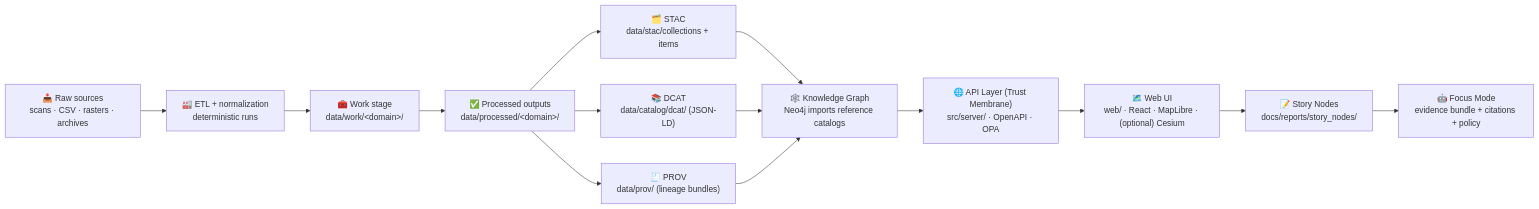
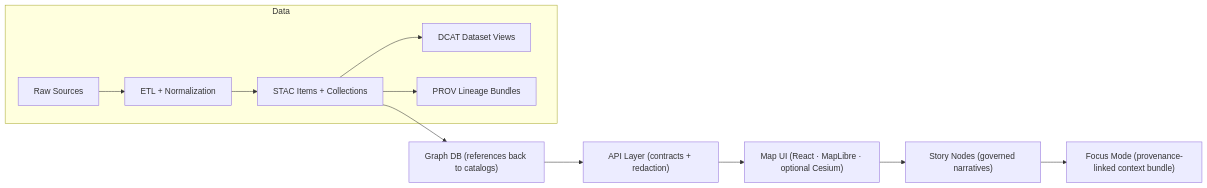
One commit to bartytime4life/Kansas-Frontier-Matrix changed the diagram in README.md. Above: the diagram before and after it, drawn with Mermaid. The commit also changed other lines of this file, not shown here.

````diff
--- a/README.md
+++ b/README.md
@@ -118,19 +57,15 @@
 ```mermaid
 flowchart LR
-  A["📥 Raw sources<br/>scans · CSV · rasters · archives"] --> B["🏭 ETL + normalization<br/>deterministic runs"]
-  B --> W["🧰 Work stage<br/>data/work/&lt;domain&gt;/"]
-  W --> P["✅ Processed outputs<br/>data/processed/&lt;domain&gt;/"]
+  subgraph Data
+    A["Raw Sources"] --> B["ETL + Normalization"]
+    B --> C["STAC Items + Collections"]
+    C --> D["DCAT Dataset Views"]
+    C --> E["PROV Lineage Bundles"]
+  end
 
-  P --> S["🗂️ STAC<br/>data/stac/collections + items"]
-  P --> D["📚 DCAT<br/>data/catalog/dcat/ (JSON-LD)"]
-  P --> V["🧾 PROV<br/>data/prov/ (lineage bundles)"]
-
-  S --> G["🕸️ Knowledge Graph<br/>Neo4j imports reference catalogs"]
-  D --> G
-  V --> G
-
-  G --> API["🌐 API Layer (Trust Membrane)<br/>src/server/ · OpenAPI · OPA"]
-  API --> UI["🗺️ Web UI<br/>web/ · React · MapLibre · (optional) Cesium"]
-  UI --> SN["📝 Story Nodes<br/>docs/reports/story_nodes/"]
-  SN --> FM["🤖 Focus Mode<br/>evidence bundle + citations + policy"]
+  C --> G["Graph DB (references back to catalogs)"]
+  G --> H["API Layer (contracts + redaction)"]
+  H --> I["Map UI (React · MapLibre · optional Cesium)"]
+  I --> J["Story Nodes (governed narratives)"]
+  J --> K["Focus Mode (provenance-linked context bundle)"]
 ```
````
